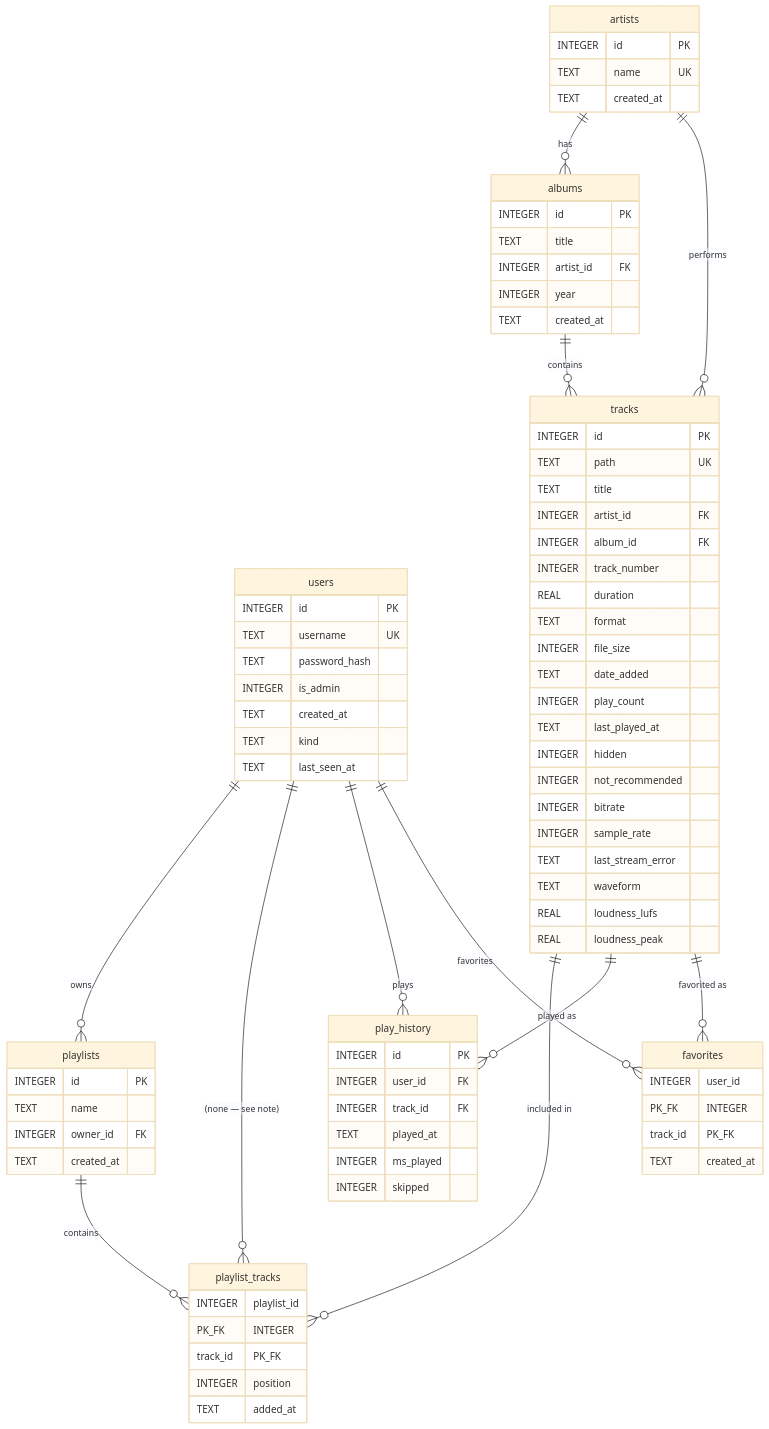
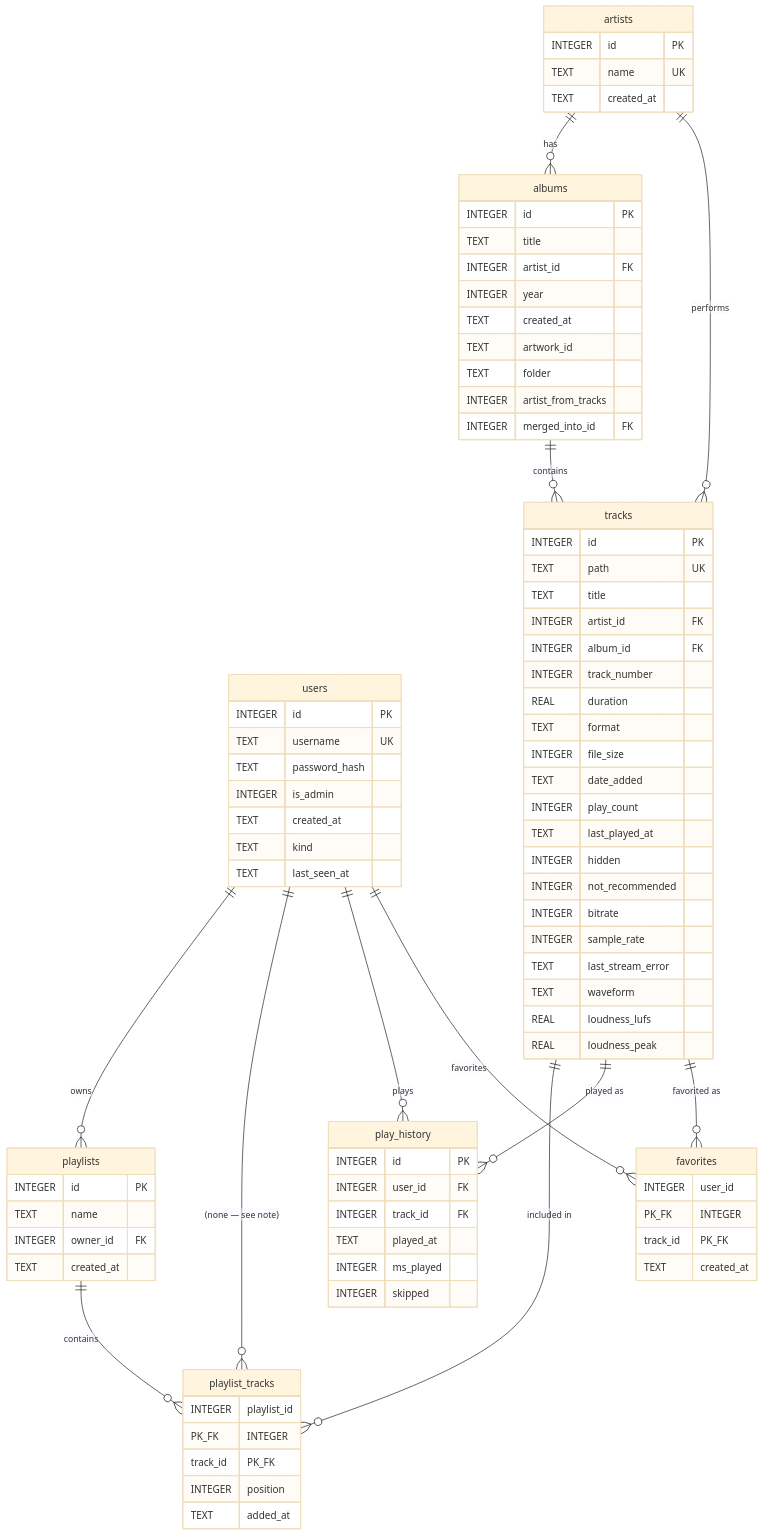
One commit to meranisu/brainlessmusic changed the diagram in .docs/reference/database-schema.md. Above: the diagram before and after it, drawn with Mermaid (base theme). The commit also changed other lines of this file and 14 other files, not shown here.

First line of the commit message:
feat(backend): group albums by album artist and folder, redirect emptied albums (v0.4 box 25, A148, A149)

```diff
--- a/.docs/reference/database-schema.md
+++ b/.docs/reference/database-schema.md
@@ -52,6 +52,10 @@
         INTEGER artist_id FK
         INTEGER year
         TEXT created_at
+        TEXT artwork_id
+        TEXT folder
+        INTEGER artist_from_tracks
+        INTEGER merged_into_id FK
     }
     tracks {
         INTEGER id PK
```
